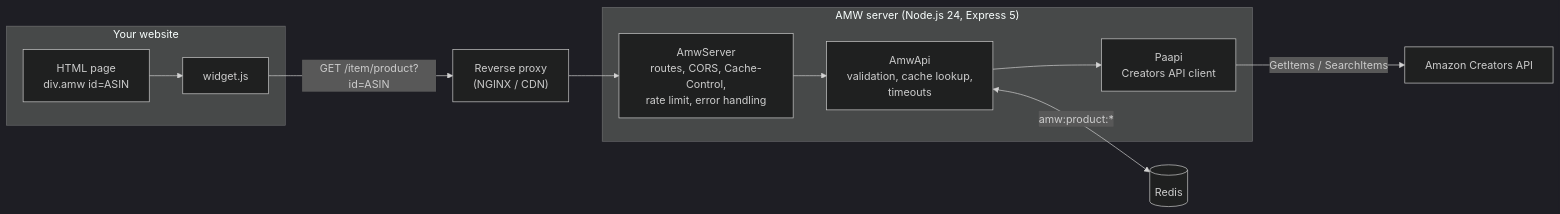
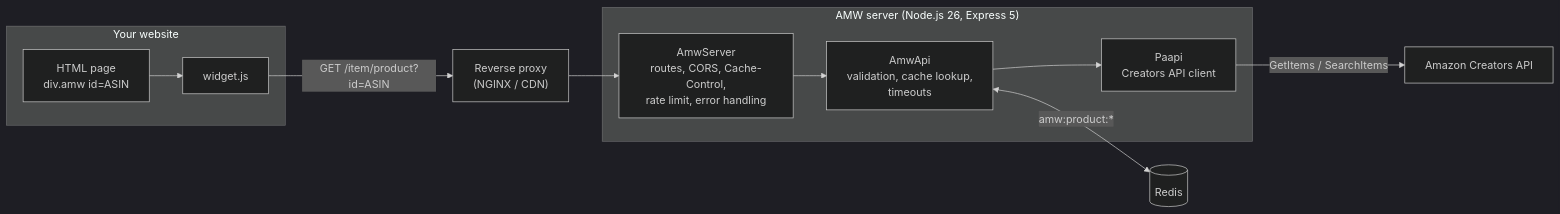
Before and after one commit to ltoinel/amw: the first of 2 diagrams in docs/developer/architecture.md, drawn with Mermaid (dark theme). The commit also changed other lines of this file and 10 other files, not shown here.

````diff
--- a/docs/developer/architecture.md
+++ b/docs/developer/architecture.md
@@ -5,14 +5,14 @@
 ```mermaid
 flowchart LR
     subgraph Site["Your website"]
         Page["HTML page<br/>div.amw id=ASIN"] --> Widget["widget.js"]
     end
     Widget -->|"GET /item/product?id=ASIN"| Proxy["Reverse proxy<br/>(NGINX / CDN)"]
     Proxy --> Server
-    subgraph AMW["AMW server (Node.js 24, Express 5)"]
+    subgraph AMW["AMW server (Node.js 26, Express 5)"]
         Server["AmwServer<br/>routes, CORS, Cache-Control,<br/>rate limit, error handling"] --> Api["AmwApi<br/>validation, cache lookup,<br/>timeouts"]
         Api --> Paapi["Paapi<br/>Creators API client"]
     end
     Api <-->|"amw:product:*"| Redis[("Redis")]
     Paapi -->|"GetItems / SearchItems"| Amazon["Amazon Creators API"]
 ```
````
